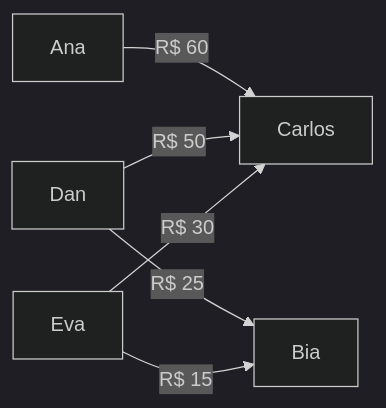
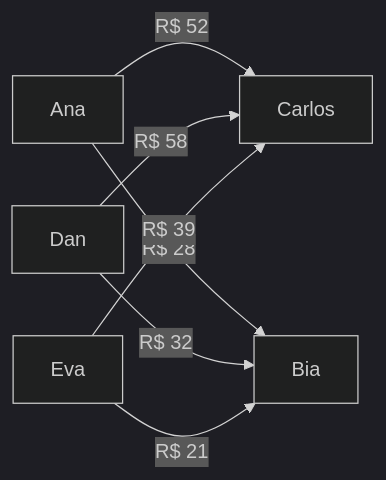
One commit to tprei/dividimos changed the third of 4 diagrams in README.md. Above: the diagram before and after it, drawn with Mermaid (dark theme). The commit also changed other lines of this file, not shown here.

````diff
--- a/README.md
+++ b/README.md
@@ -194,8 +160,9 @@
 ```mermaid
 graph LR
-    A[Ana] -->|R$ 60| C[Carlos]
-    D[Dan] -->|R$ 50| C
-    D -->|R$ 25| B[Bia]
-    E[Eva] -->|R$ 30| C
-    E -->|R$ 15| B
+    A[Ana] -->|R$ 52| C[Carlos]
+    A -->|R$ 28| B[Bia]
+    D[Dan] -->|R$ 58| C
+    D -->|R$ 32| B
+    E[Eva] -->|R$ 39| C
+    E -->|R$ 21| B
 ```
````
